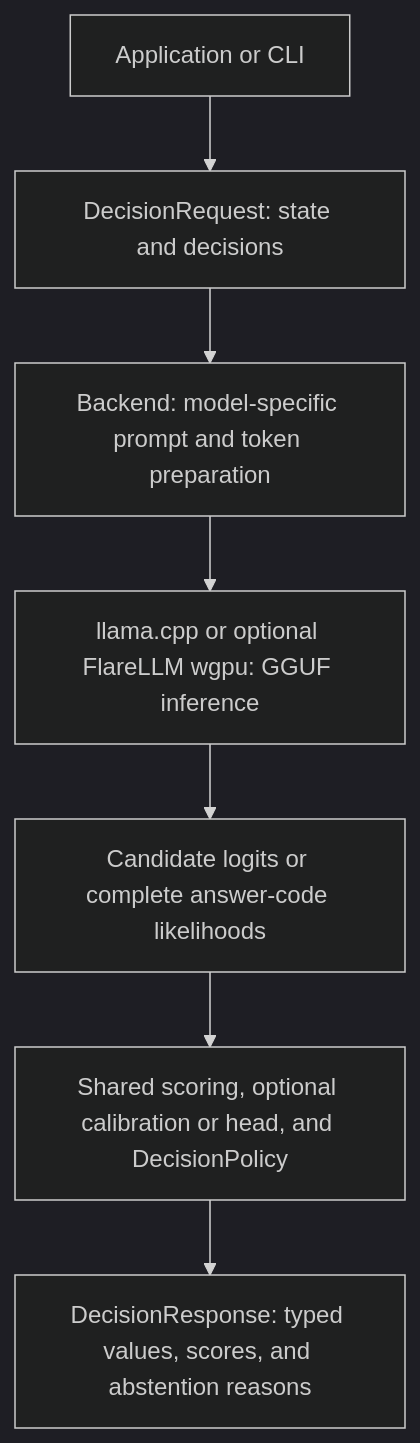
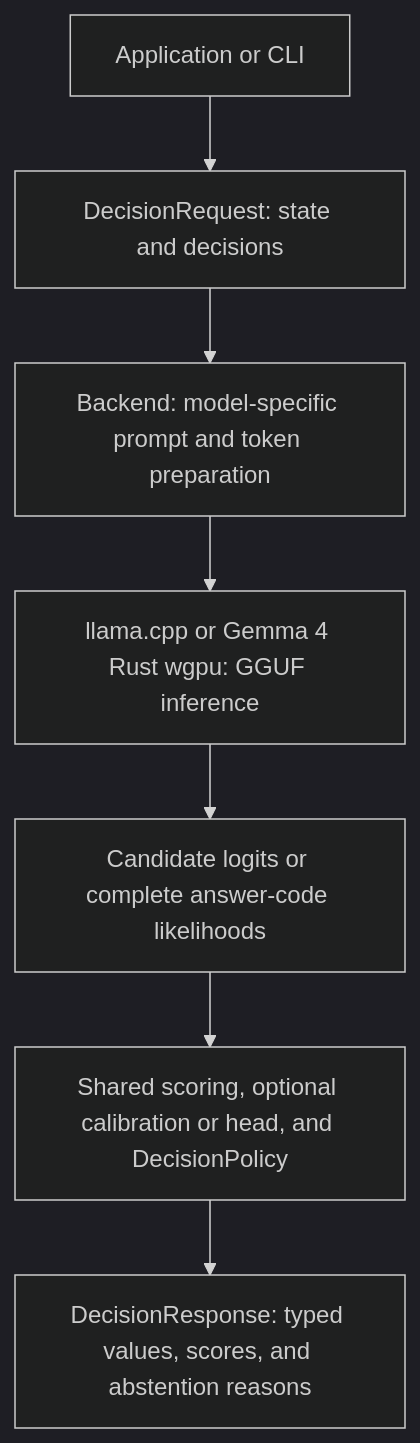
Before and after one commit to LuticaCANARD/L2S1: the diagram in README.md, drawn with Mermaid (dark theme). The commit also changed other lines of this file and 64 other files, not shown here.

First line of the commit message:
Add Gemma 4 paired-GGUF vision adapter for wgpu

````diff
--- a/README.md
+++ b/README.md
@@ -25,9 +29,9 @@
 ```mermaid
 flowchart TD
     A[Application or CLI] --> B[DecisionRequest: state and decisions]
     B --> C[Backend: model-specific prompt and token preparation]
-    C --> D[llama.cpp or optional FlareLLM wgpu: GGUF inference]
+    C --> D[llama.cpp or Gemma 4 Rust wgpu: GGUF inference]
     D --> E[Candidate logits or complete answer-code likelihoods]
     E --> F[Shared scoring, optional calibration or head, and DecisionPolicy]
     F --> G[DecisionResponse: typed values, scores, and abstention reasons]
 ```
````
